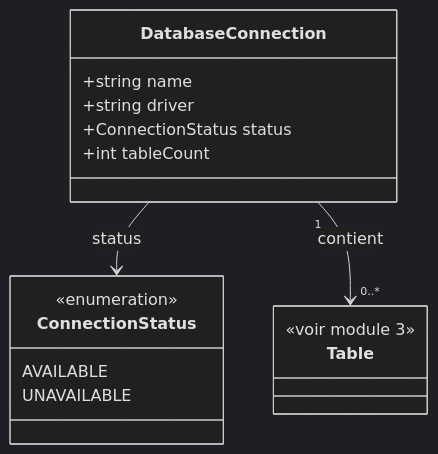
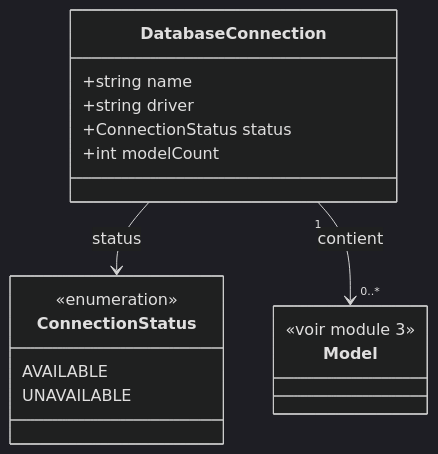
Before and after one commit to quatrebarbes/modelbase: the diagram in docs/sfd/2. Bases de données.md, drawn with Mermaid (dark theme). The commit also changed other lines of this file and 5 other files, not shown here.

Commit message:
Fonctionnel : ajustement SFD & roadmap

````diff
--- a/docs/sfd/2. Bases de données.md
+++ b/docs/sfd/2. Bases de données.md
@@ -11,22 +11,22 @@
 ```mermaid
 classDiagram
     class DatabaseConnection {
         +string name
         +string driver
         +ConnectionStatus status
-        +int tableCount
+        +int modelCount
     }
 
     class ConnectionStatus {
         <<enumeration>>
         AVAILABLE
         UNAVAILABLE
     }
 
-    class Table {
+    class Model {
         <<voir module 3>>
     }
 
     DatabaseConnection --> ConnectionStatus : status
-    DatabaseConnection "1" --> "0..*" Table : contient
+    DatabaseConnection "1" --> "0..*" Model : contient
 ```
````
